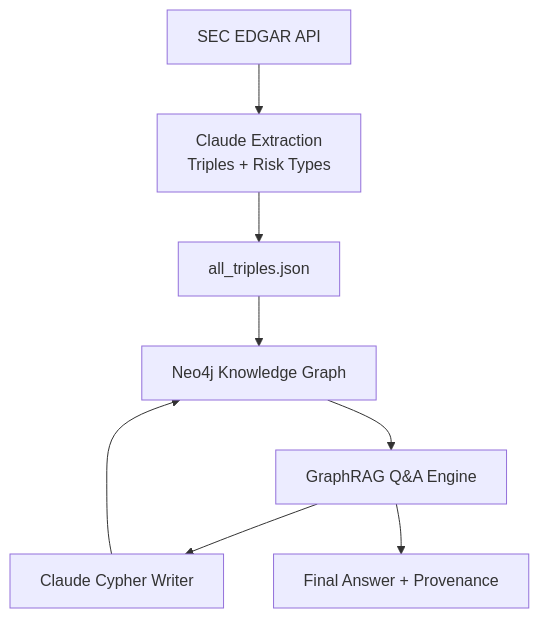
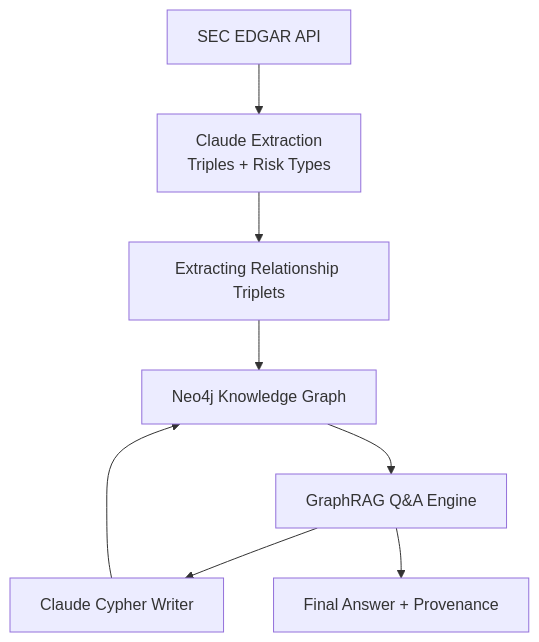
Before and after one commit to BhaviDave/Supply-Chain-Risk-Intelligence: the first of 2 diagrams in README.md, drawn with Mermaid.

Commit message:
updating graph

````diff
--- a/README.md
+++ b/README.md
@@ -46,14 +46,14 @@
 ```mermaid
 flowchart TD
 
 A[SEC EDGAR API] --> B[Claude Extraction<br/>Triples + Risk Types]
-B --> C[all_triples.json]
+B --> C[Extracting Relationship Triplets]
 
 C --> D[Neo4j Knowledge Graph]
 
 D --> E[GraphRAG Q&A Engine]
 E --> F[Claude Cypher Writer]
 F --> D
 
 E --> G[Final Answer + Provenance]
 ```
````
